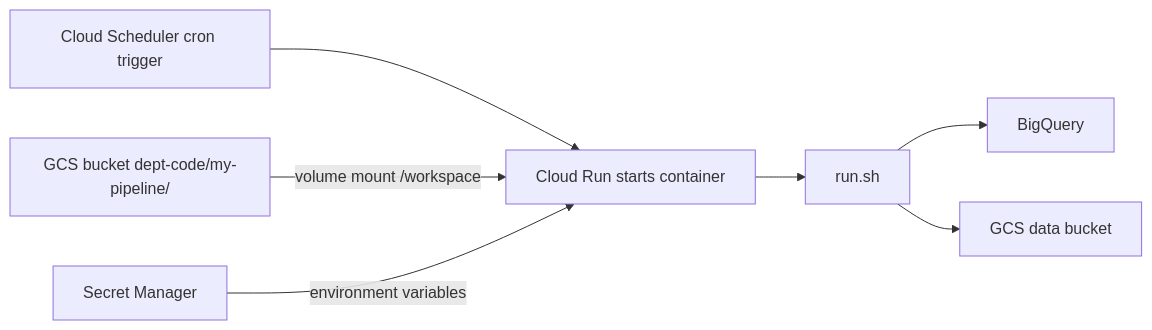
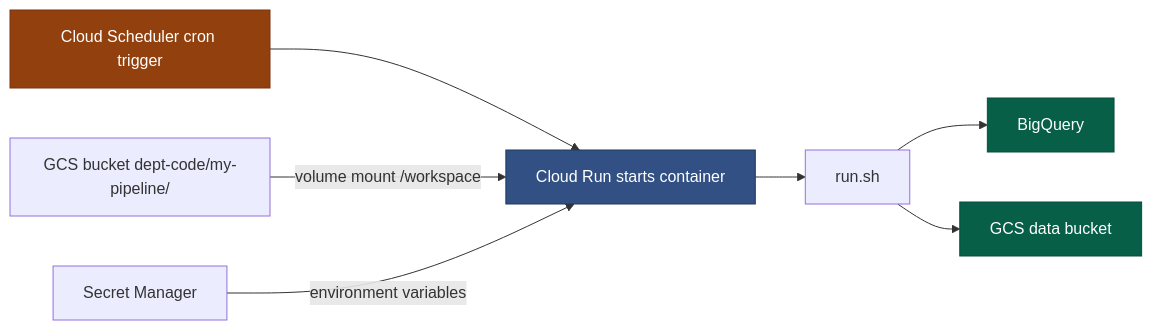
The third of 3 diagrams in docs/architecture.md (Ch3w3y/docker_gcp), drawn with Mermaid before and after one commit. The commit also changed other lines of this file, not shown here.

First line of the commit message:
fix(a11y): add node styles to architecture.md diagrams

````diff
--- a/docs/architecture.md
+++ b/docs/architecture.md
@@ -270,9 +275,13 @@
 ```mermaid
 flowchart LR
     A["Cloud Scheduler cron trigger"] --> B["Cloud Run starts container"]
     C["GCS bucket dept-code/my-pipeline/"] -->|"volume mount /workspace"| B
     D["Secret Manager"] -->|environment variables| B
     B --> E["run.sh"]
     E --> F["BigQuery"]
     E --> G["GCS data bucket"]
+    style A fill:#92400e,stroke:#78350f,color:#ffffff
+    style B fill:#325083,stroke:#1e3a5f,color:#ffffff
+    style F fill:#065f46,stroke:#064e3b,color:#ffffff
+    style G fill:#065f46,stroke:#064e3b,color:#ffffff
 ```
````
